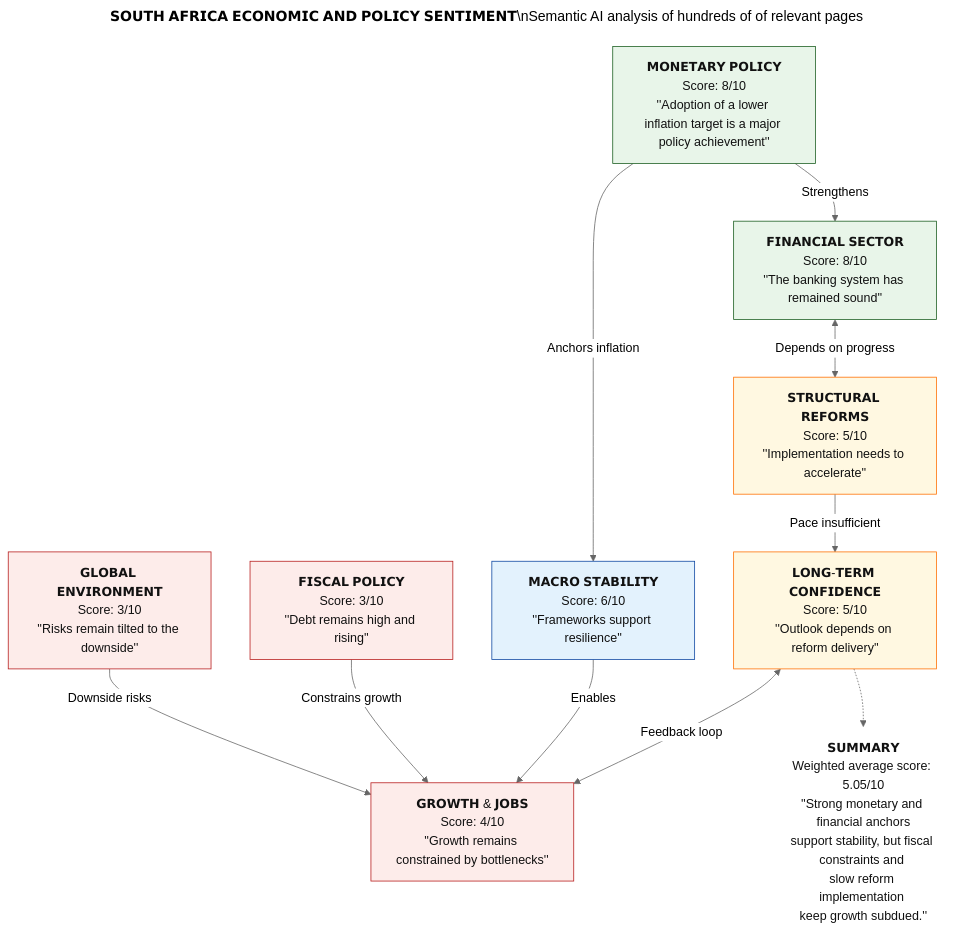
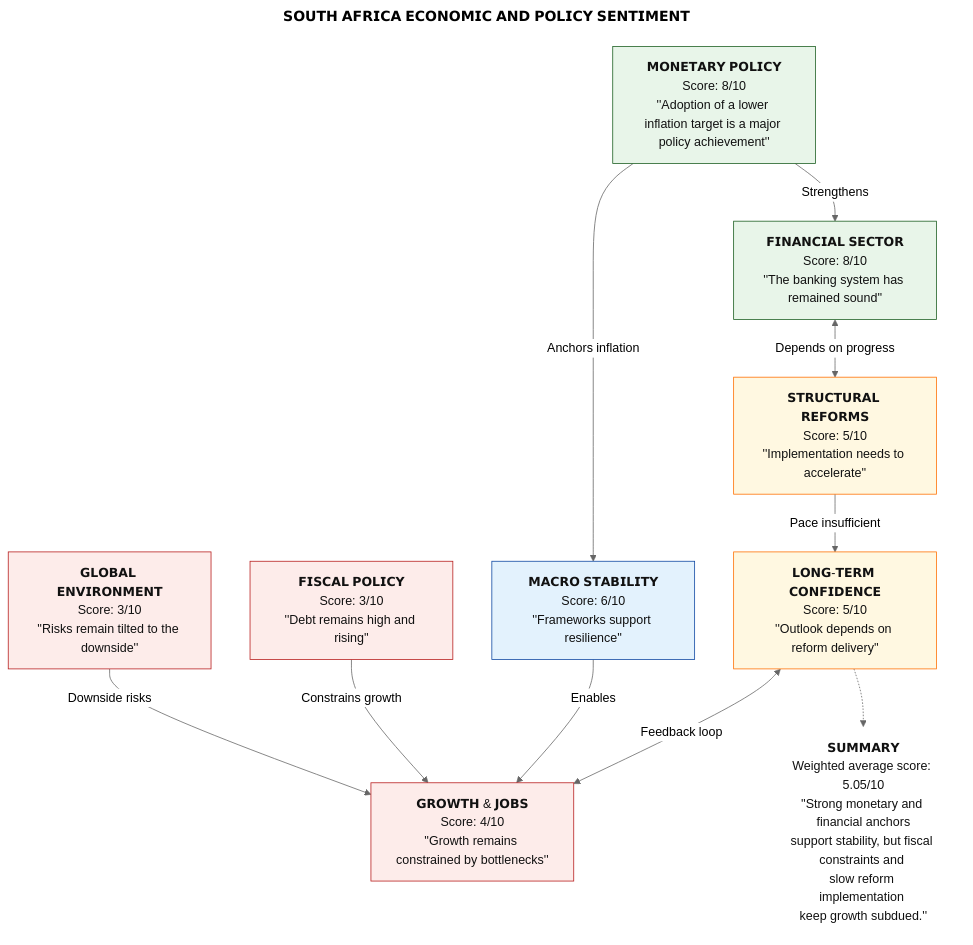
Before and after one commit to Tellusant/docs: the first of 2 diagrams in articles-posts/economic-sentiment-zaf.md, drawn with Mermaid (neutral theme). The commit also changed other lines of this file, not shown here.

```diff
--- a/articles-posts/economic-sentiment-zaf.md
+++ b/articles-posts/economic-sentiment-zaf.md
@@ -12,42 +12,42 @@
 <div class="mermaid">
 ---
-title: 𝗦𝗢𝗨𝗧𝗛 𝗔𝗙𝗥𝗜𝗖𝗔 𝗘𝗖𝗢𝗡𝗢𝗠𝗜𝗖 𝗔𝗡𝗗 𝗣𝗢𝗟𝗜𝗖𝗬 𝗦𝗘𝗡𝗧𝗜𝗠𝗘𝗡𝗧\nSemantic AI analysis of hundreds of of relevant pages
+title: 𝗦𝗢𝗨𝗧𝗛 𝗔𝗙𝗥𝗜𝗖𝗔 𝗘𝗖𝗢𝗡𝗢𝗠𝗜𝗖 𝗔𝗡𝗗 𝗣𝗢𝗟𝗜𝗖𝗬 𝗦𝗘𝗡𝗧𝗜𝗠𝗘𝗡𝗧
 ---
 flowchart TD
 
 %% ========= NODES =========
 GE["𝗚𝗟𝗢𝗕𝗔𝗟 𝗘𝗡𝗩𝗜𝗥𝗢𝗡𝗠𝗘𝗡𝗧\nScore: 3/10\n''Risks remain tilted to the downside''"]:::risk
 FP["𝗙𝗜𝗦𝗖𝗔𝗟 𝗣𝗢𝗟𝗜𝗖𝗬\nScore: 3/10\n''Debt remains high and rising''"]:::risk
 GJ["𝗚𝗥𝗢𝗪𝗧𝗛 & 𝗝𝗢𝗕𝗦\nScore: 4/10\n''Growth remains constrained by bottlenecks''"]:::risk
 MP["𝗠𝗢𝗡𝗘𝗧𝗔𝗥𝗬 𝗣𝗢𝗟𝗜𝗖𝗬\nScore: 8/10\n''Adoption of a lower inflation target is a major policy achievement''"]:::strong
 MS["𝗠𝗔𝗖𝗥𝗢 𝗦𝗧𝗔𝗕𝗜𝗟𝗜𝗧𝗬\nScore: 6/10\n''Frameworks support resilience''"]:::neutral
 FS["𝗙𝗜𝗡𝗔𝗡𝗖𝗜𝗔𝗟 𝗦𝗘𝗖𝗧𝗢𝗥\nScore: 8/10\n''The banking system has remained sound''"]:::strong
 SR["𝗦𝗧𝗥𝗨𝗖𝗧𝗨𝗥𝗔𝗟 𝗥𝗘𝗙𝗢𝗥𝗠𝗦\nScore: 5/10\n''Implementation needs to accelerate''"]:::mixed
 LC["𝗟𝗢𝗡𝗚-𝗧𝗘𝗥𝗠 𝗖𝗢𝗡𝗙𝗜𝗗𝗘𝗡𝗖𝗘\nScore: 5/10\n''Outlook depends on reform delivery''"]:::mixed
 
 %% ========= RELATIONSHIPS =========
 GE -->|Downside risks| GJ
 FP -->|Constrains growth| GJ
 MP -->|Anchors inflation| MS
 MS -->|Enables| GJ
 MP -->|Strengthens| FS
 FS <-->|Depends on progress| SR
 SR -->|Pace insufficient| LC
 LC <-->|Feedback loop| GJ
 
 %% ========= INVISIBLE LAYOUT CONTROL =========
 ANCHOR[" "]:::anchor
 
 %% ========= SUMMARY (FORCED BELOW, NO VISIBLE ARROWS) =========
 SUM["𝗦𝗨𝗠𝗠𝗔𝗥𝗬\nWeighted average score: 5.05/10\n''Strong monetary and financial anchors\nsupport stability, but fiscal constraints and \nslow reform implementation \nkeep growth subdued.''"]:::summary
 LC -.-> SUM:::anchor
 
 %% ========= STYLES =========
 classDef strong  fill:#E8F5E9,stroke:#1B5E20,stroke-width:1px,color:#111;
 classDef neutral fill:#E3F2FD,stroke:#0D47A1,stroke-width:1px,color:#111;
 classDef mixed   fill:#FFF8E1,stroke:#FF6F00,stroke-width:1px,color:#111;
 classDef risk    fill:#FDECEA,stroke:#B71C1C,stroke-width:1px,color:#111;
 classDef summary fill:#F5F5F5,stroke:#424242,stroke-width:1px,color:#111;
 classDef anchor fill:transparent,stroke:transparent;
 
 </div>
```
